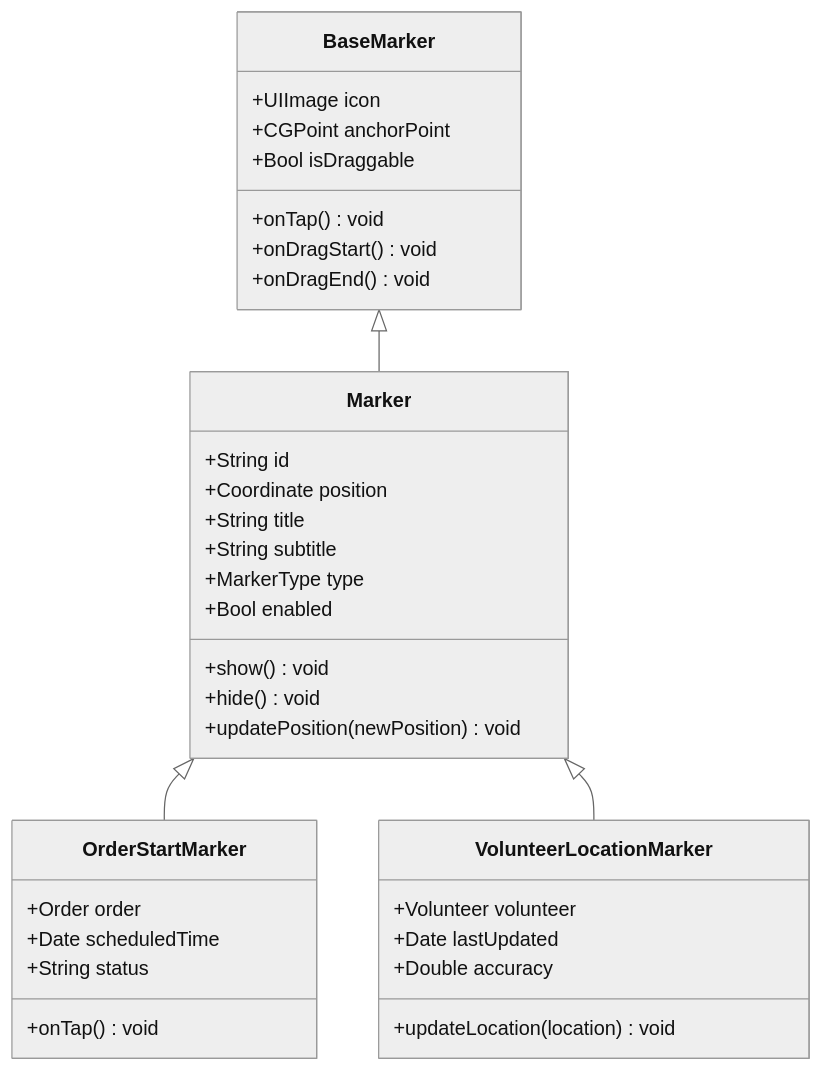
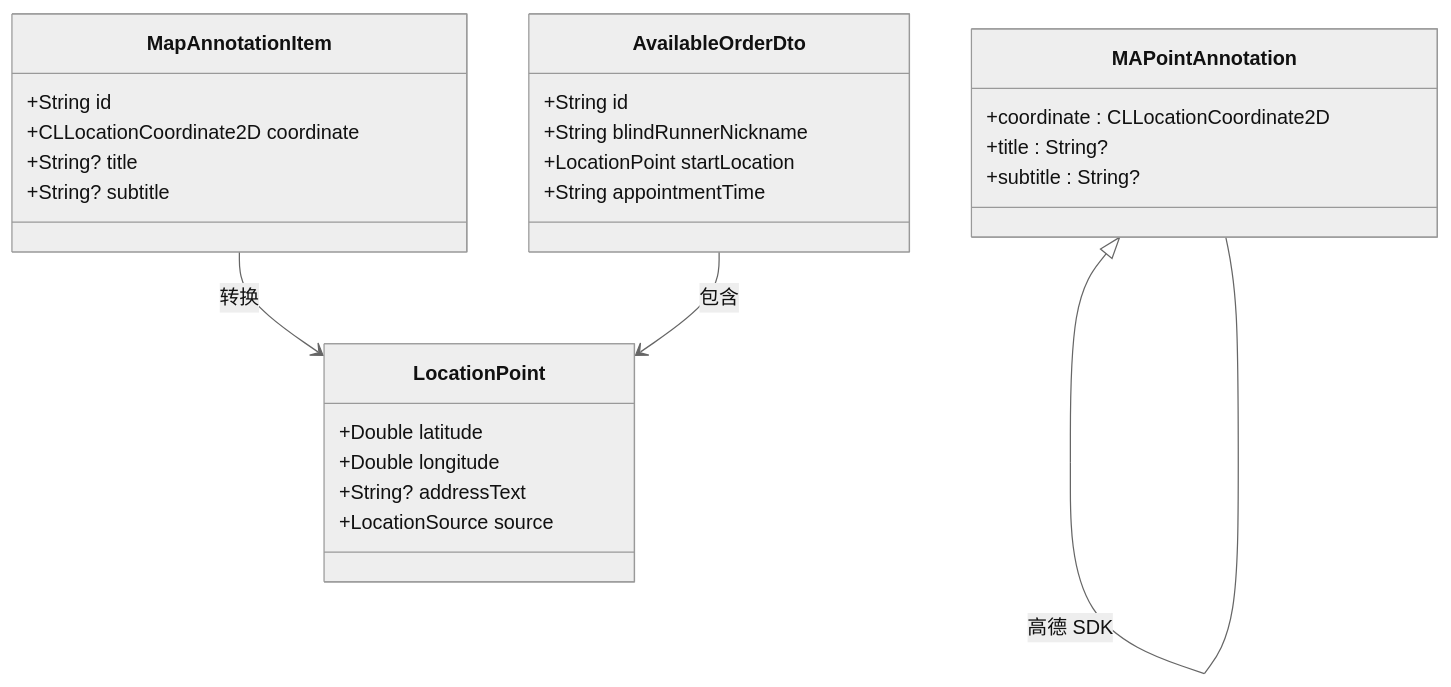
Before and after one commit to Jayden23018/blind-run-ios: the fifth of 7 diagrams in .qoder/repowiki/zh/content/架构设计/模块化架构设计/Map 地图模块.md, drawn with Mermaid (neutral theme). The commit also changed other lines of this file and 55 other files, not shown here.

````diff
--- a/.qoder/repowiki/zh/content/架构设计/模块化架构设计/Map 地图模块.md
+++ b/.qoder/repowiki/zh/content/架构设计/模块化架构设计/Map 地图模块.md
@@ -237,37 +309,29 @@
 ```mermaid
 classDiagram
-class Marker {
+class MapAnnotationItem {
 +String id
-+Coordinate position
-+String title
-+String subtitle
-+MarkerType type
-+Bool enabled
-+show() void
-+hide() void
-+updatePosition(newPosition) void
++CLLocationCoordinate2D coordinate
++String? title
++String? subtitle
 }
-class OrderStartMarker {
-+Order order
-+Date scheduledTime
-+String status
-+onTap() void
+class LocationPoint {
++Double latitude
++Double longitude
++String? addressText
++LocationSource source
 }
-class VolunteerLocationMarker {
-+Volunteer volunteer
-+Date lastUpdated
-+Double accuracy
-+updateLocation(location) void
+class AvailableOrderDto {
++String id
++String blindRunnerNickname
++LocationPoint startLocation
++String appointmentTime
 }
-class BaseMarker {
-+UIImage icon
-+CGPoint anchorPoint
-+Bool isDraggable
-+onTap() void
-+onDragStart() void
-+onDragEnd() void
+class MAPointAnnotation {
++coordinate : CLLocationCoordinate2D
++title : String?
++subtitle : String?
 }
-Marker <|-- OrderStartMarker
-Marker <|-- VolunteerLocationMarker
-BaseMarker <|-- Marker
+MapAnnotationItem --> LocationPoint : 转换
+AvailableOrderDto --> LocationPoint : 包含
+MAPointAnnotation <|-- MAPointAnnotation : 高德 SDK
 ```
````
